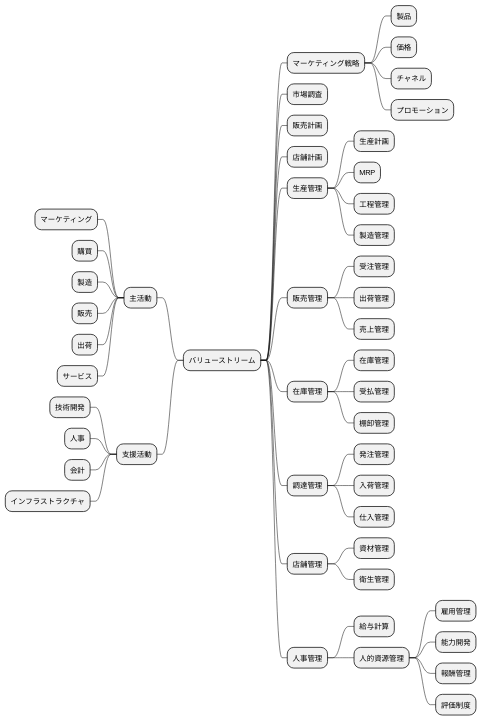
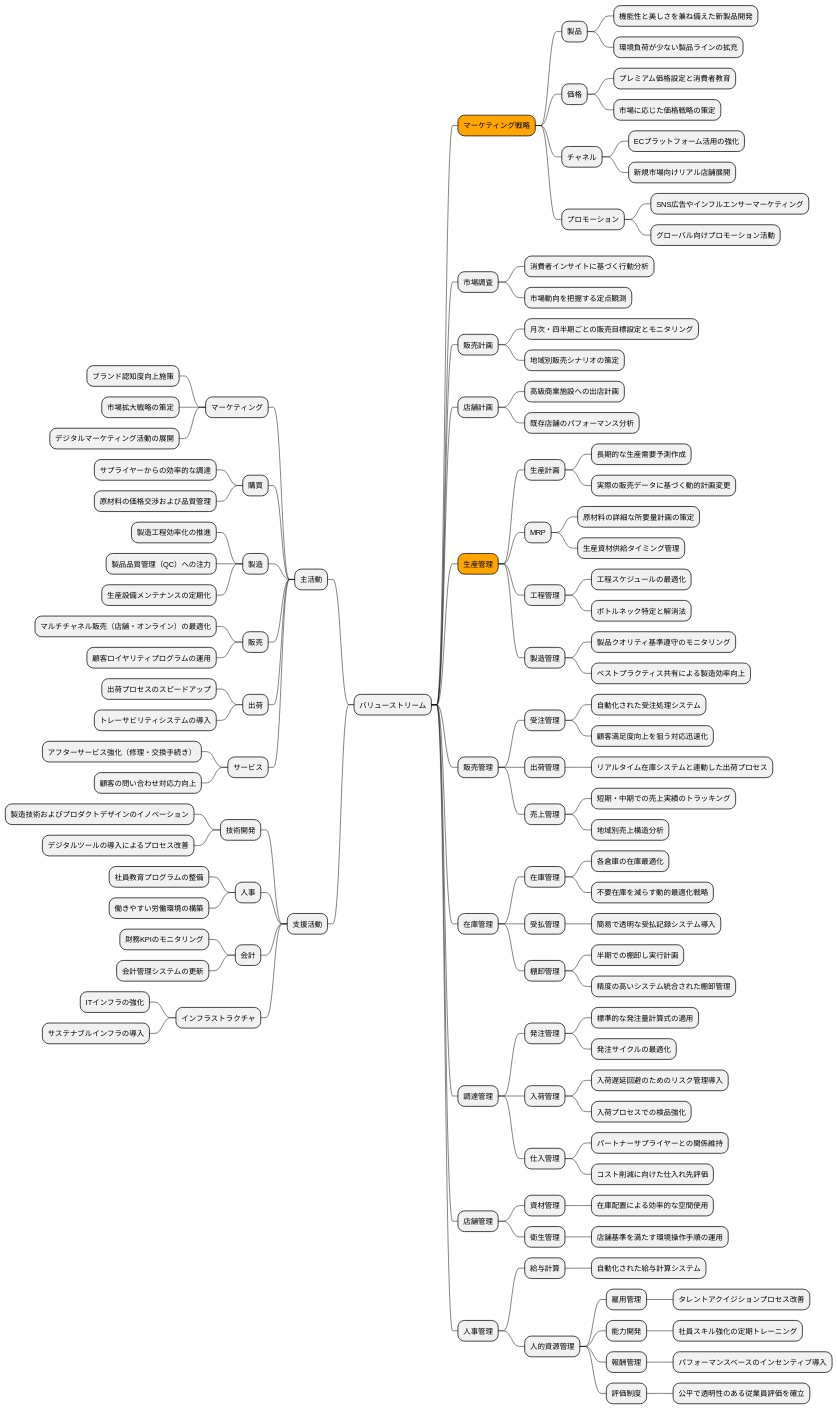
Diagram 12 of 19 in docs/case/r03_case_3.adoc (k2works/case-study-business-analysis), drawn with PlantUML before and after one commit. The commit also changed other lines of this file, not shown here.

```diff
--- a/docs/case/r03_case_3.adoc
+++ b/docs/case/r03_case_3.adoc
@@ -458,53 +694,119 @@
 left side
 ** 主活動
 *** マーケティング
+**** ブランド認知度向上施策
+**** 市場拡大戦略の策定
+**** デジタルマーケティング活動の展開
 *** 購買
+**** サプライヤーからの効率的な調達
+**** 原材料の価格交渉および品質管理
 *** 製造
+**** 製造工程効率化の推進
+**** 製品品質管理（QC）への注力
+**** 生産設備メンテナンスの定期化
 *** 販売
+**** マルチチャネル販売（店舗・オンライン）の最適化
+**** 顧客ロイヤリティプログラムの運用
 *** 出荷
+**** 出荷プロセスのスピードアップ
+**** トレーサビリティシステムの導入
 *** サービス
+**** アフターサービス強化（修理・交換手続き）
+**** 顧客の問い合わせ対応力向上
 ** 支援活動
 *** 技術開発
+**** 製造技術およびプロダクトデザインのイノベーション
+**** デジタルツールの導入によるプロセス改善
 *** 人事
+**** 社員教育プログラムの整備
+**** 働きやすい労働環境の構築
 *** 会計
+**** 財務KPIのモニタリング
+**** 会計管理システムの更新
 *** インフラストラクチャ
+**** ITインフラの強化
+**** サステナブルインフラの導入
 right side
-** マーケティング戦略
+**[#orange] マーケティング戦略
 *** 製品
+**** 機能性と美しさを兼ね備えた新製品開発
+**** 環境負荷が少ない製品ラインの拡充
 *** 価格
+**** プレミアム価格設定と消費者教育
+**** 市場に応じた価格戦略の策定
 *** チャネル
+**** ECプラットフォーム活用の強化
+**** 新規市場向けリアル店舗展開
 *** プロモーション
+**** SNS広告やインフルエンサーマーケティング
+**** グローバル向けプロモーション活動
 ** 市場調査
+*** 消費者インサイトに基づく行動分析
+*** 市場動向を把握する定点観測
 ** 販売計画
+*** 月次・四半期ごとの販売目標設定とモニタリング
+*** 地域別販売シナリオの策定
 ** 店舗計画
-** 生産管理
+*** 高級商業施設への出店計画
+*** 既存店舗のパフォーマンス分析
+**[#orange] 生産管理
 *** 生産計画
+**** 長期的な生産需要予測作成
+**** 実際の販売データに基づく動的計画変更
 *** MRP
+**** 原材料の詳細な所要量計画の策定
+**** 生産資材供給タイミング管理
 *** 工程管理
+**** 工程スケジュールの最適化
+**** ボトルネック特定と解消法
 *** 製造管理
+**** 製品クオリティ基準遵守のモニタリング
+**** ベストプラクティス共有による製造効率向上
 ** 販売管理
 *** 受注管理
+**** 自動化された受注処理システム
+**** 顧客満足度向上を狙う対応迅速化
 *** 出荷管理
+**** リアルタイム在庫システムと連動した出荷プロセス
 *** 売上管理
+**** 短期・中期での売上実績のトラッキング
+**** 地域別売上構造分析
 ** 在庫管理
 *** 在庫管理
+**** 各倉庫の在庫最適化
+**** 不要在庫を減らす動的最適化戦略
 *** 受払管理
+**** 簡易で透明な受払記録システム導入
 *** 棚卸管理
+**** 半期での棚卸し実行計画
+**** 精度の高いシステム統合された棚卸管理
 ** 調達管理
 *** 発注管理
+**** 標準的な発注量計算式の適用
+**** 発注サイクルの最適化
 *** 入荷管理
+**** 入荷遅延回避のためのリスク管理導入
+**** 入荷プロセスでの検品強化
 *** 仕入管理
+**** パートナーサプライヤーとの関係維持
+**** コスト削減に向けた仕入れ先評価
 ** 店舗管理
 *** 資材管理
+**** 在庫配置による効率的な空間使用
 *** 衛生管理
+**** 店舗基準を満たす環境操作手順の運用
 ** 人事管理
 *** 給与計算
+**** 自動化された給与計算システム
 *** 人的資源管理
 **** 雇用管理
+***** タレントアクイジションプロセス改善
 **** 能力開発
+***** 社員スキル強化の定期トレーニング
 **** 報酬管理
+***** パフォーマンスベースのインセンティブ導入
 **** 評価制度
-
+***** 公平で透明性のある従業員評価を確立
 
 @endmindmap
 ----
```
